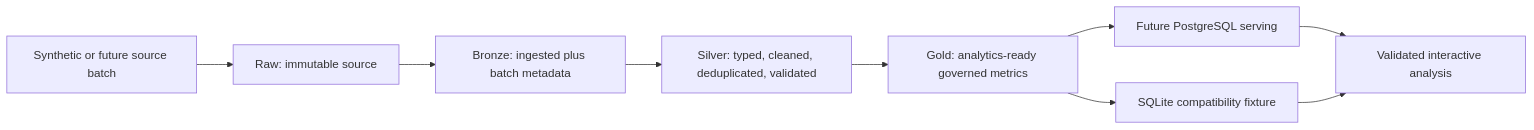
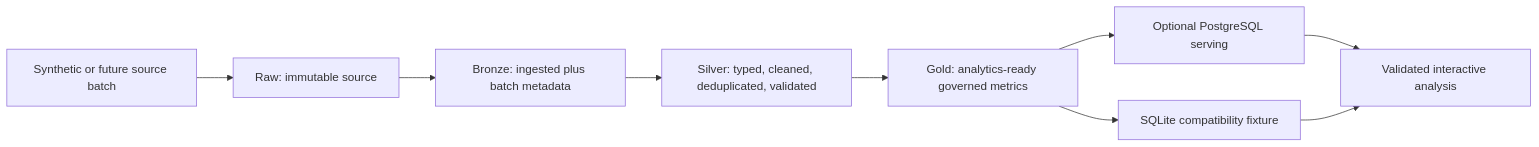
Before and after one commit to vdeeplearning/agentic_healthcare_data_platform: the seventh of 49 diagrams in README.md, drawn with Mermaid. The commit also changed other lines of this file, not shown here.

Commit message:
Align README with Spark and Airflow architecture

````diff
--- a/README.md
+++ b/README.md
@@ -519,11 +519,11 @@
 ```mermaid
 flowchart LR
  SRC["Synthetic or future source batch"] --> RAW["Raw: immutable source"]
  RAW --> BR["Bronze: ingested plus batch metadata"]
  BR --> SI["Silver: typed, cleaned, deduplicated, validated"]
  SI --> GO["Gold: analytics-ready governed metrics"]
- GO --> PG["Future PostgreSQL serving"]
+ GO --> PG["Optional PostgreSQL serving"]
  GO --> SQ["SQLite compatibility fixture"]
  PG --> QA["Validated interactive analysis"]
  SQ --> QA
 ```
````
